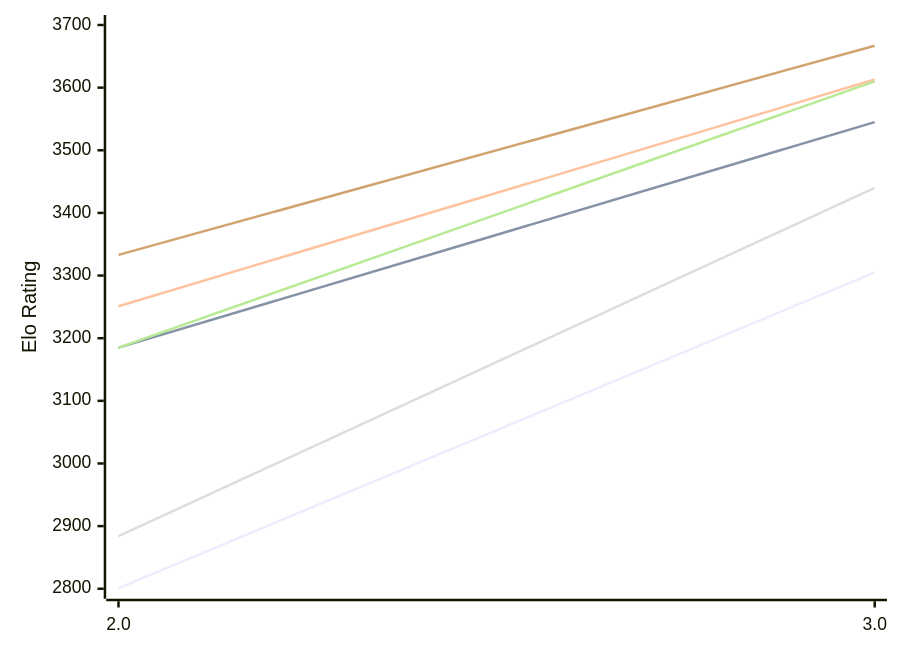
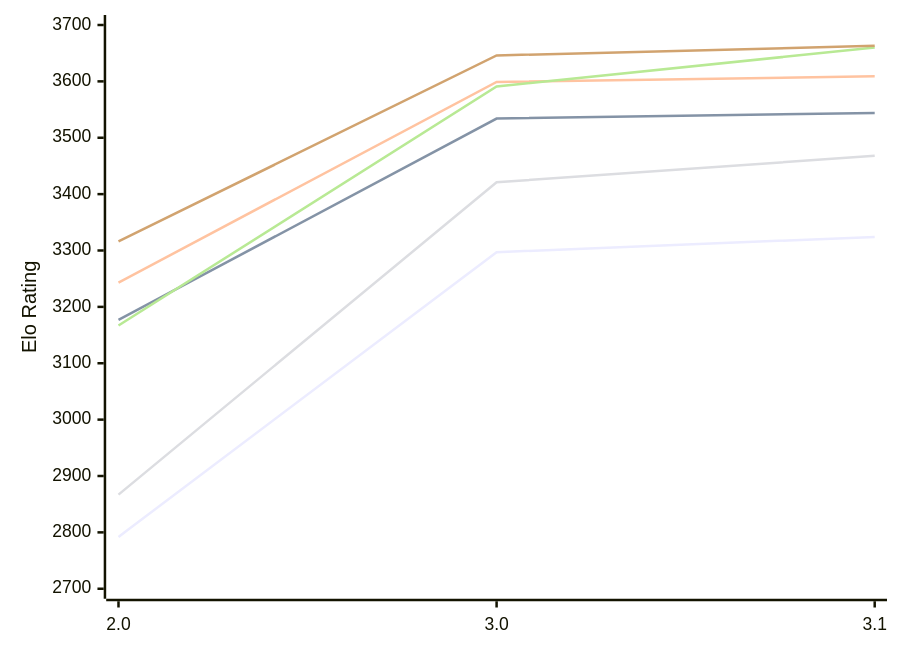
Before and after one commit to computer-chess-index/cci: the diagram in engines/Funcomp.md, drawn with Mermaid. The commit also changed other lines of this file, not shown here.

Commit message:
Update CCI Ratings (ELO VLTC) - 2026-11-02

````diff
--- a/engines/Funcomp.md
+++ b/engines/Funcomp.md
@@ -49,12 +51,12 @@
 ```mermaid
 %%{init: {"theme":"base","themeVariables":{"seriesColors:['#a3a3a3','#222221','#faa371']}}}%%
 xychart-beta
-  x-axis ["2.0", "3.0"]
-  y-axis "Elo Rating" 2800 --> 3700
-  line "E1: STC (8.0+0.08s)" [2801, 3305]
-  line "E1: LTC (60.0+0.60s)" [3185, 3545]
-  line "E1: VLTC (2m24s+1.12s)" [3251, 3613]
-  line "P1: STC (8.0+0.08s)" [2884, 3440]
-  line "P1: LTC (60.0+0.60s)" [3185, 3610]
-  line "P1: VLTC (2m24s+1.12s)" [3333, 3667]
+  x-axis ["2.0", "3.0", "3.1"]
+  y-axis "Elo Rating" 2700 --> 3700
+  line "E1: STC (8.0+0.08s)" [2792, 3297, 3324]
+  line "E1: LTC (60.0+0.60s)" [3177, 3534, 3544]
+  line "E1: VLTC (2m24s+1.12s)" [3243, 3599, 3609]
+  line "P1: STC (8.0+0.08s)" [2867, 3421, 3468]
+  line "P1: LTC (60.0+0.60s)" [3167, 3591, 3660]
+  line "P1: VLTC (2m24s+1.12s)" [3316, 3646, 3663]
 ```
````
